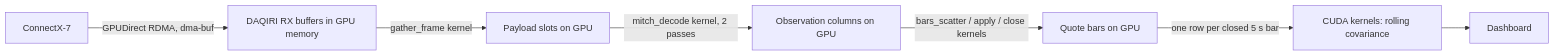
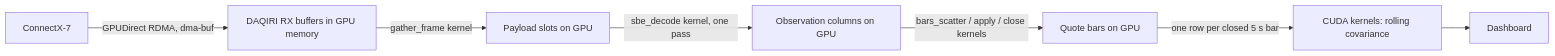
Before and after one commit to nvidia-holoscan/holoscan-finance: the diagram in docs/GPU_INGEST.md, drawn with Mermaid. The commit also changed other lines of this file and 105 other files, not shown here.

````diff
--- a/docs/GPU_INGEST.md
+++ b/docs/GPU_INGEST.md
@@ -33,9 +33,9 @@
 ```mermaid
 flowchart LR
     NIC[ConnectX-7] -->|GPUDirect RDMA, dma-buf| RX[DAQIRI RX buffers in GPU memory]
     RX -->|gather_frame kernel| SL[Payload slots on GPU]
-    SL -->|mitch_decode kernel, 2 passes| EV[Observation columns on GPU]
+    SL -->|sbe_decode kernel, one pass| EV[Observation columns on GPU]
     EV -->|bars_scatter / apply / close kernels| QB[Quote bars on GPU]
     QB -->|one row per closed 5 s bar| AN[CUDA kernels: rolling covariance]
     AN --> W[Dashboard]
 ```
````
